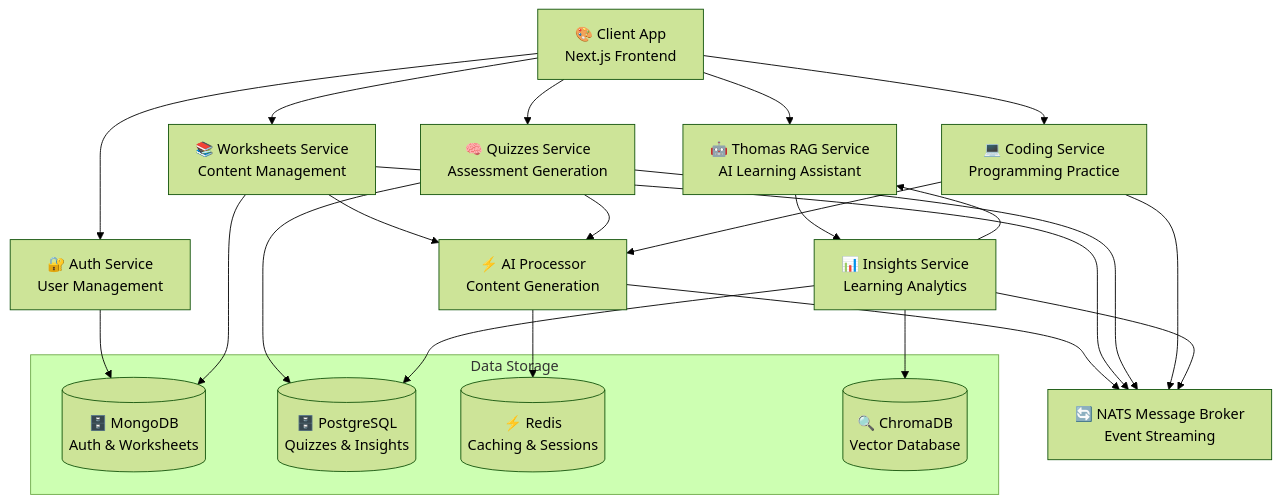
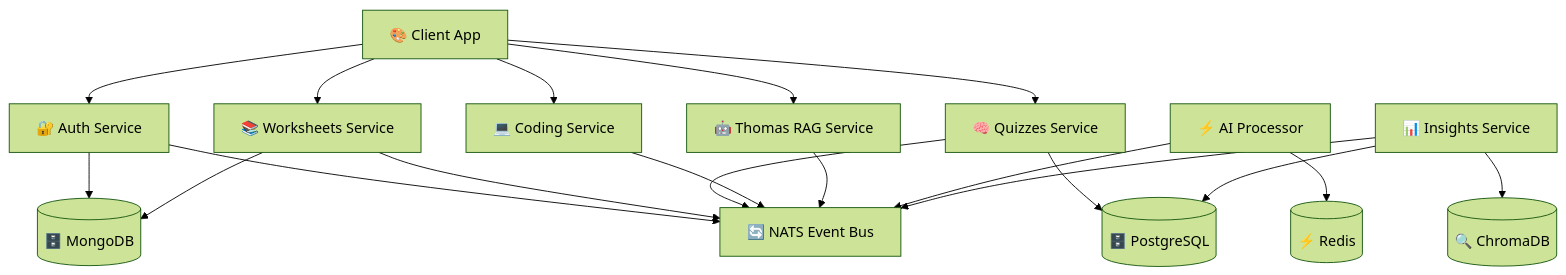
Before and after one commit to liran-mazor/worksheeter: the first of 2 diagrams in README.md, drawn with Mermaid (forest theme). The commit also changed other lines of this file, not shown here.

Commit message:
new readme

````diff
--- a/README.md
+++ b/README.md
@@ -36,60 +36,47 @@
 ```mermaid
 graph TB
-    %% Frontend Layer
-    Client[🎨 Client App<br/>Next.js Frontend]
+    %% Frontend
+    Client[🎨 Client App]
     
     %% Core Services
-    Auth[🔐 Auth Service<br/>User Management]
-    Worksheets[📚 Worksheets Service<br/>Content Management]
-    Quizzes[🧠 Quizzes Service<br/>Assessment Generation]
-    Coding[💻 Coding Service<br/>Programming Practice]
-    Thomas[🤖 Thomas RAG Service<br/>AI Learning Assistant]
+    Auth[🔐 Auth Service]
+    Worksheets[📚 Worksheets Service]
+    Quizzes[🧠 Quizzes Service]
+    Coding[💻 Coding Service]
+    Thomas[🤖 Thomas RAG Service]
+    AI[⚡ AI Processor]
+    Insights[📊 Insights Service]
     
-    %% AI & Processing
-    AI[⚡ AI Processor<br/>Content Generation]
-    Insights[📊 Insights Service<br/>Learning Analytics]
+    %% Event Bus
+    NATS[🔄 NATS Event Bus]
     
-    %% Message Broker
-    NATS[🔄 NATS Message Broker<br/>Event Streaming]
+    %% Databases
+    MongoDB[(🗄️ MongoDB)]
+    Postgres[(🗄️ PostgreSQL)]
+    Chroma[(🔍 ChromaDB)]
+    Redis[(⚡ Redis)]
     
-    %% Data Layer
-    subgraph "Data Storage"
-        MongoDB[(🗄️ MongoDB<br/>Auth & Worksheets)]
-        Postgres[(🗄️ PostgreSQL<br/>Quizzes & Insights)]
-        Redis[(⚡ Redis<br/>Caching & Sessions)]
-        Chroma[(🔍 ChromaDB<br/>Vector Database)]
-    end
-    
-    %% Client Connections
+    %% Client to Services
     Client --> Auth
     Client --> Worksheets
     Client --> Quizzes
     Client --> Coding
     Client --> Thomas
     
-    %% Service to AI Processor
-    Worksheets --> AI
-    Quizzes --> AI
-    Coding --> AI
-    
-    %% Event-Driven Communication
-    AI --> NATS
+    %% Services to Event Bus
+    Auth --> NATS
     Worksheets --> NATS
     Quizzes --> NATS
     Coding --> NATS
+    Thomas --> NATS
+    AI --> NATS
     Insights --> NATS
     
-    %% Data Connections
+    %% Services to Databases
     Auth --> MongoDB
     Worksheets --> MongoDB
     Quizzes --> Postgres
     Insights --> Postgres
     Insights --> Chroma
     AI --> Redis
-    
-    %% Thomas RAG Process
-    Thomas --> Insights
-    Insights --> Thomas
-    
-
 ```
````
